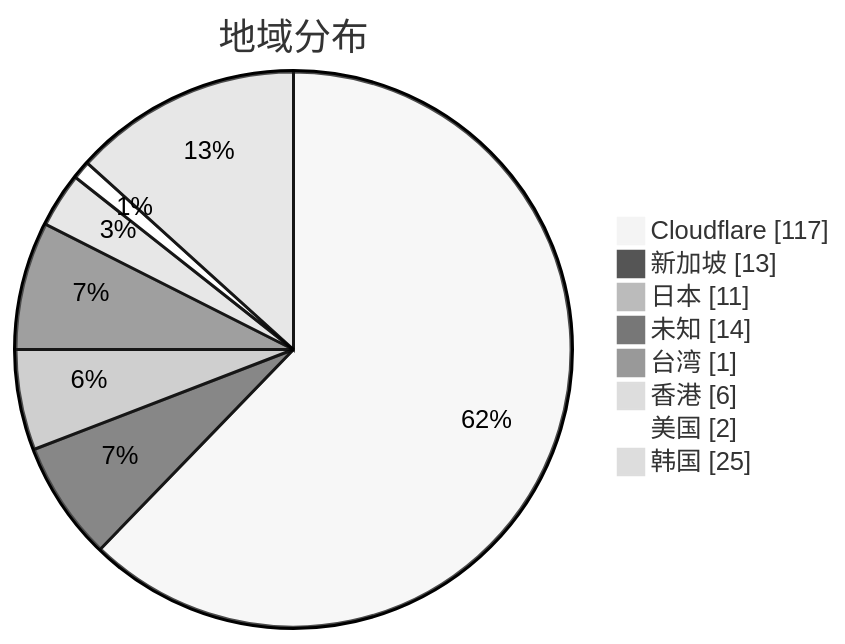
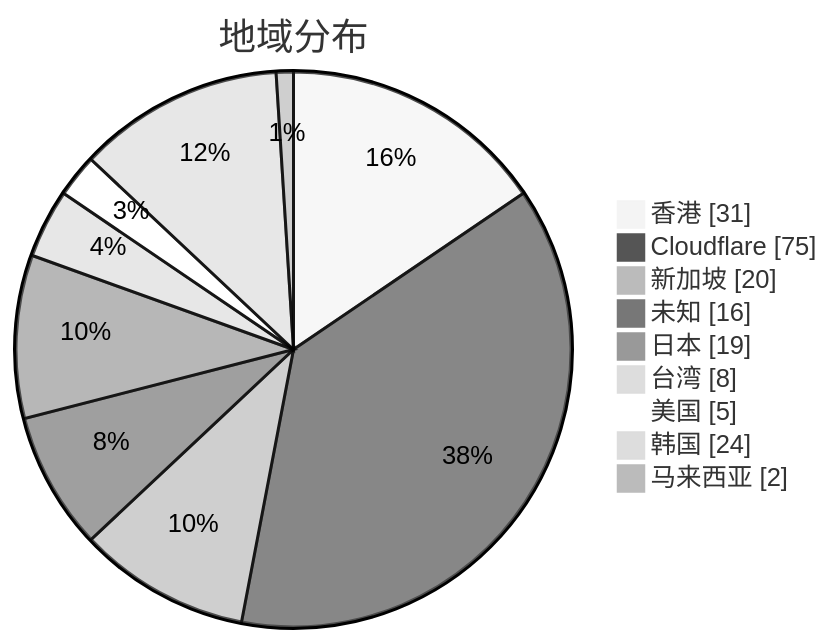
The second of 3 diagrams in subs/statistics/tested_within.md (qjlxg/airport), drawn with Mermaid (neutral theme) before and after one commit. The commit also changed other lines of this file and 2 other files, not shown here.

````diff
--- a/subs/statistics/tested_within.md
+++ b/subs/statistics/tested_within.md
@@ -12,12 +12,13 @@
 ```mermaid
 pie showData
 title 地域分布
-"Cloudflare" : 117
-"新加坡" : 13
-"日本" : 11
-"未知" : 14
-"台湾" : 1
-"香港" : 6
-"美国" : 2
-"韩国" : 25
+"香港" : 31
+"Cloudflare" : 75
+"新加坡" : 20
+"未知" : 16
+"日本" : 19
+"台湾" : 8
+"美国" : 5
+"韩国" : 24
+"马来西亚" : 2
 ```
````
